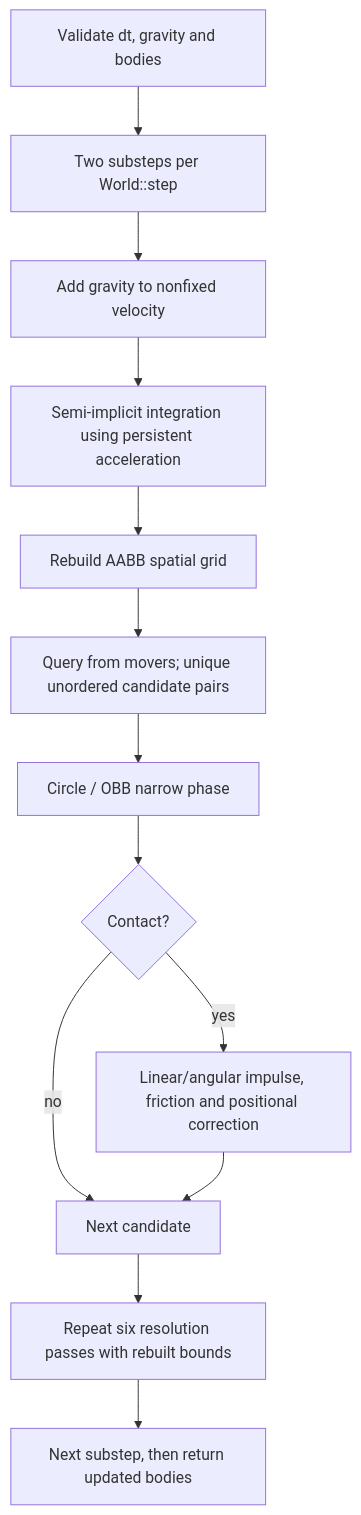
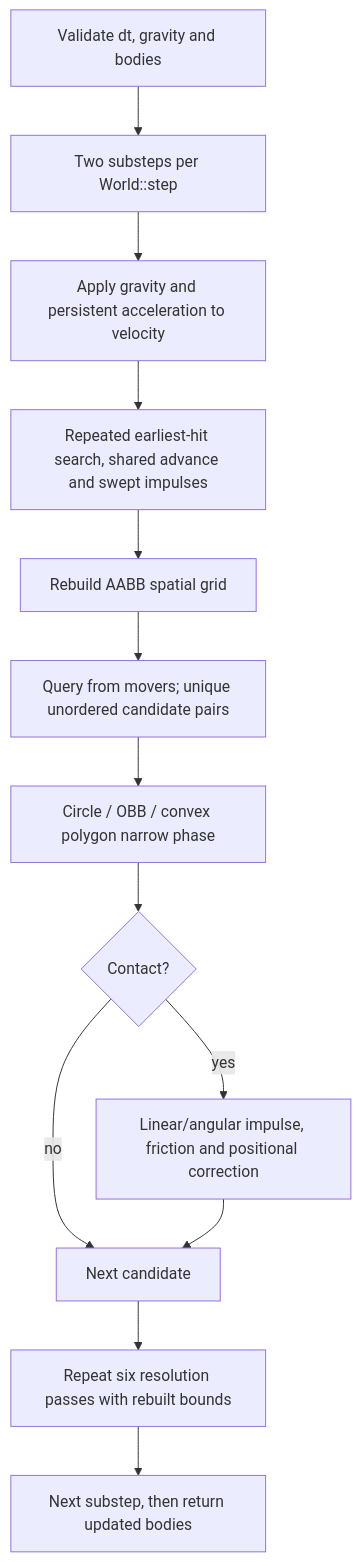
One commit to SMB-M87/Kinetra changed the diagram in docs/engine/math-physics.md. Above: the diagram before and after it, drawn with Mermaid. The commit also changed other lines of this file and 28 other files, not shown here.

````diff
--- a/docs/engine/math-physics.md
+++ b/docs/engine/math-physics.md
@@ -36,15 +36,15 @@
 ```mermaid
 flowchart TD
     Validate[Validate dt, gravity and bodies] --> Substep[Two substeps per World::step]
-    Substep --> Gravity[Add gravity to nonfixed velocity]
-    Gravity --> Integrate[Semi-implicit integration using persistent acceleration]
-    Integrate --> Bounds[Rebuild AABB spatial grid]
+    Substep --> Forces[Apply gravity and persistent acceleration to velocity]
+    Forces --> Sweep[Repeated earliest-hit search, shared advance and swept impulses]
+    Sweep --> Bounds[Rebuild AABB spatial grid]
     Bounds --> Candidates[Query from movers; unique unordered candidate pairs]
-    Candidates --> Narrow[Circle / OBB narrow phase]
+    Candidates --> Narrow[Circle / OBB / convex polygon narrow phase]
     Narrow --> Contact{Contact?}
     Contact -->|yes| Resolve[Linear/angular impulse, friction and positional correction]
     Contact -->|no| Next[Next candidate]
     Resolve --> Next
     Next --> Pass[Repeat six resolution passes with rebuilt bounds]
     Pass --> Continue[Next substep, then return updated bodies]
 ```
````
